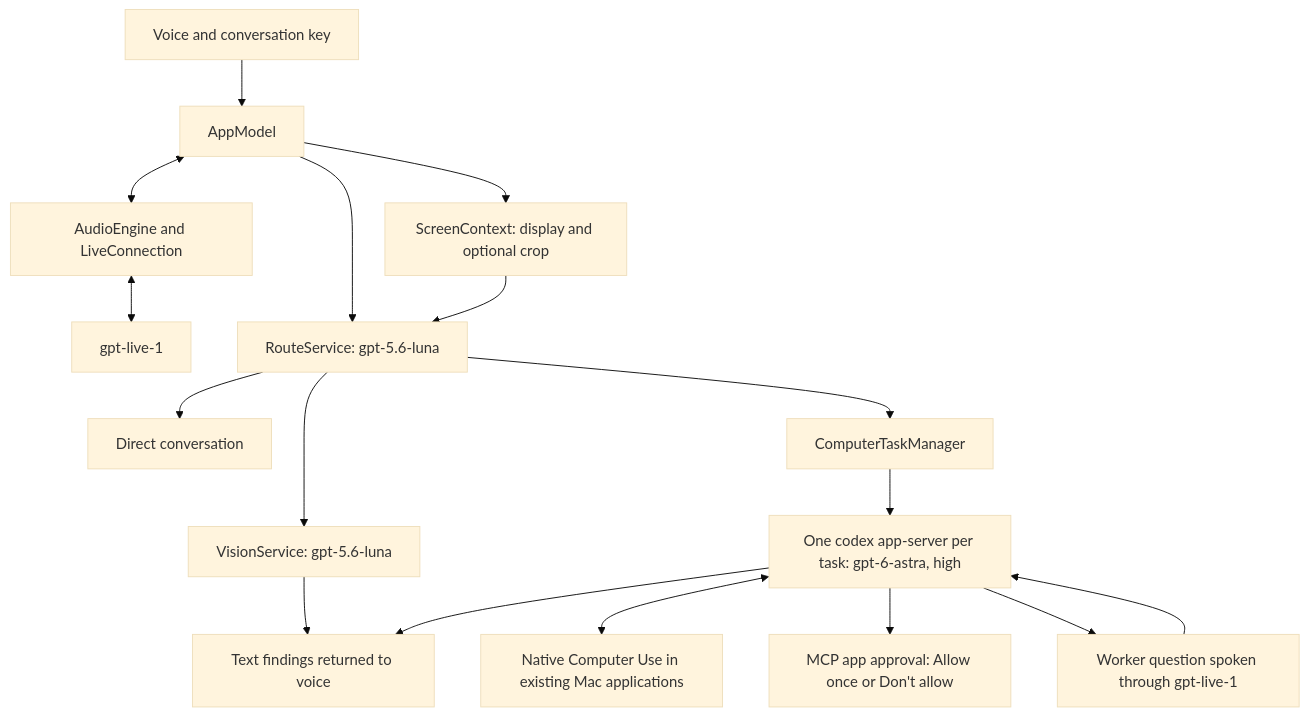
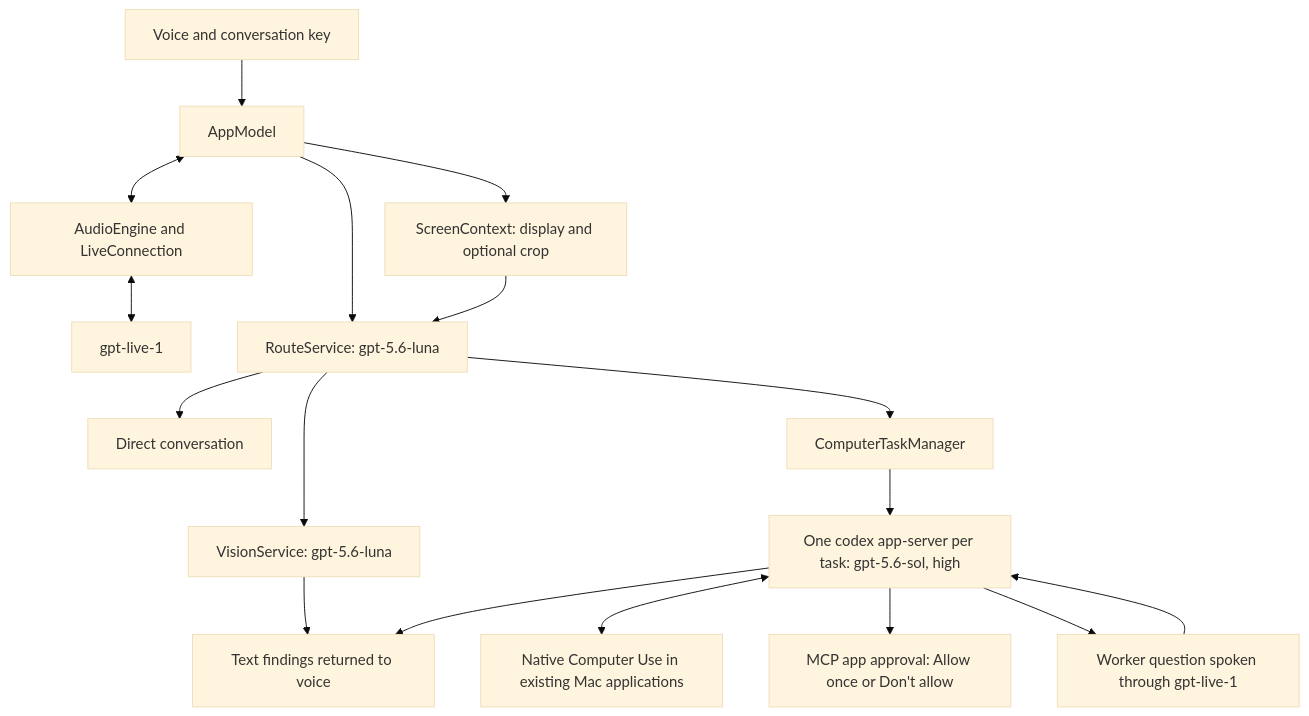
One commit to anselmlong/computah changed the diagram in ARCHITECTURE.md. Above: the diagram before and after it, drawn with Mermaid (base theme). The commit also changed other lines of this file and 11 other files, not shown here.

Commit message:
Run computer tasks with GPT-5.6 Sol

````diff
--- a/ARCHITECTURE.md
+++ b/ARCHITECTURE.md
@@ -30,19 +30,19 @@
 ```mermaid
 flowchart TD
     User[Voice and conversation key] --> App[AppModel]
     App <--> Audio[AudioEngine and LiveConnection]
     Audio <--> Voice[gpt-live-1]
     App --> Capture[ScreenContext: display and optional crop]
     App --> Route[RouteService: gpt-5.6-luna]
     Capture --> Route
     Route --> Direct[Direct conversation]
     Route --> Vision[VisionService: gpt-5.6-luna]
     Route --> Tasks[ComputerTaskManager]
     Vision --> Findings[Text findings returned to voice]
-    Tasks --> Worker[One codex app-server per task: gpt-6-astra, high]
+    Tasks --> Worker[One codex app-server per task: gpt-5.6-sol, high]
     Worker <--> NativeApps[Native Computer Use in existing Mac applications]
     Worker --> Findings
     Worker --> Approval[MCP app approval: Allow once or Don't allow]
     Worker --> Question[Worker question spoken through gpt-live-1]
     Question --> Worker
 ```
````
